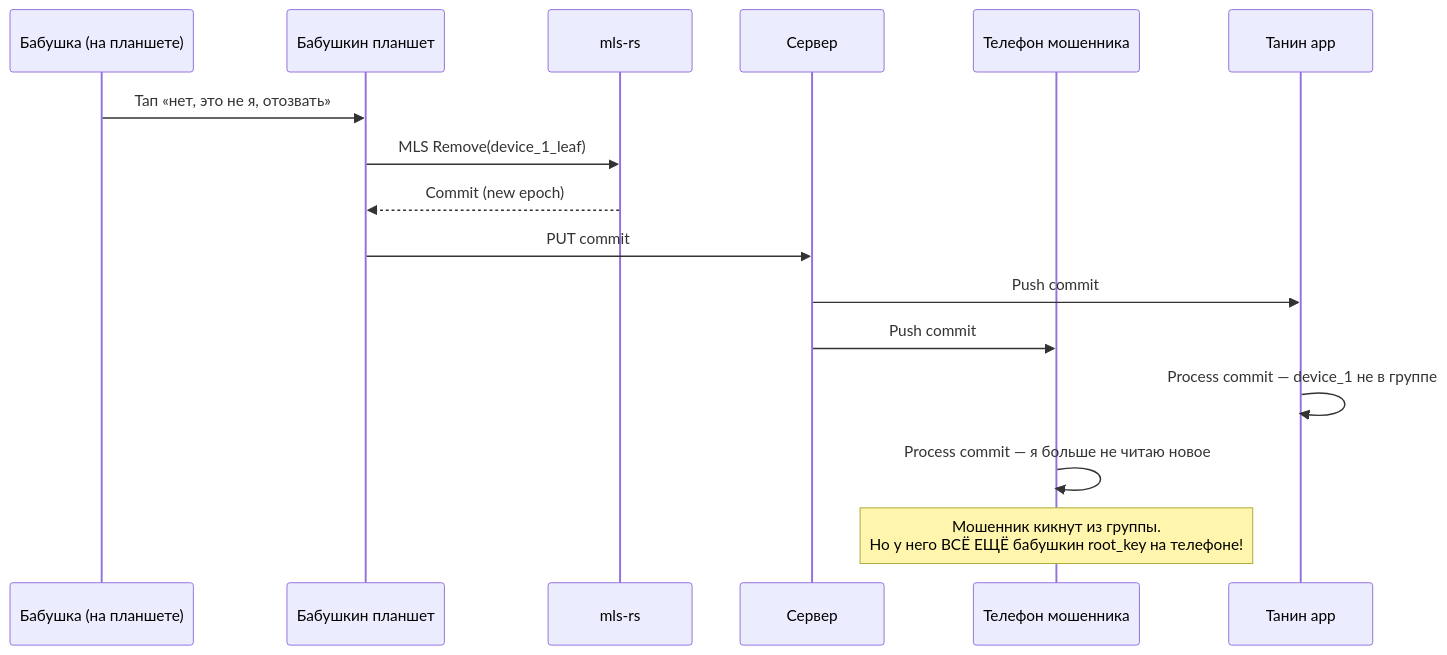
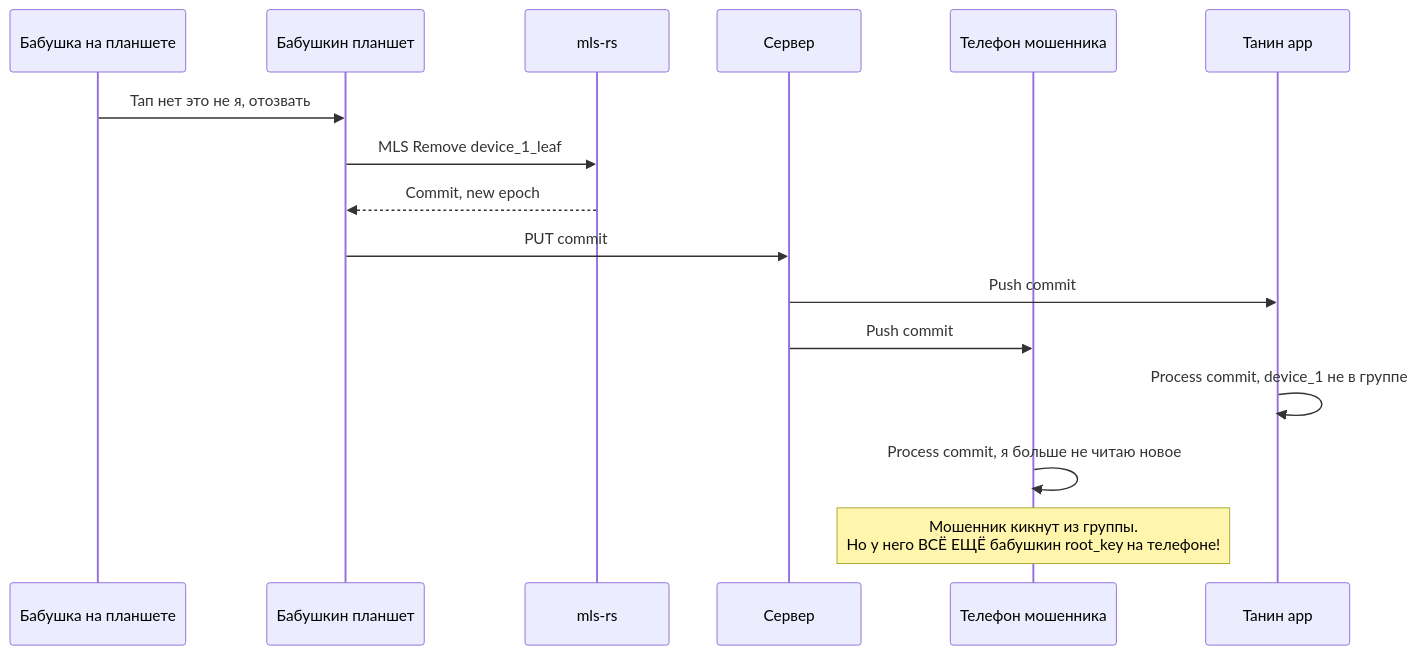
One commit to jeromwork/launcher changed the third of 4 diagrams in backlog/tasks/task-102 - Decision-Revoke-policy.md. Above: the diagram before and after it, drawn with Mermaid. The commit also changed other lines of this file and 1 other file, not shown here.

First line of the commit message:
fix(task-102): strip parens/apostrophes from mermaid participants + add rule

````diff
--- a/backlog/tasks/task-102 - Decision-Revoke-policy.md
+++ b/backlog/tasks/task-102 - Decision-Revoke-policy.md
@@ -288,19 +288,19 @@
 ```mermaid
 sequenceDiagram
-    participant Б as Бабушка (на планшете)
+    participant Б as Бабушка на планшете
     participant Б_пл as Бабушкин планшет
     participant mls as mls-rs
     participant С as Сервер
     participant М_т as Телефон мошенника
     participant Т as Танин app
 
-    Б->>Б_пл: Тап «нет, это не я, отозвать»
-    Б_пл->>mls: MLS Remove(device_1_leaf)
-    mls-->>Б_пл: Commit (new epoch)
+    Б->>Б_пл: Тап нет это не я, отозвать
+    Б_пл->>mls: MLS Remove device_1_leaf
+    mls-->>Б_пл: Commit, new epoch
     Б_пл->>С: PUT commit
     С->>Т: Push commit
     С->>М_т: Push commit
-    Т->>Т: Process commit — device_1 не в группе
-    М_т->>М_т: Process commit — я больше не читаю новое
+    Т->>Т: Process commit, device_1 не в группе
+    М_т->>М_т: Process commit, я больше не читаю новое
     Note over М_т: Мошенник кикнут из группы.<br/>Но у него ВСЁ ЕЩЁ бабушкин root_key на телефоне!
 ```
````
